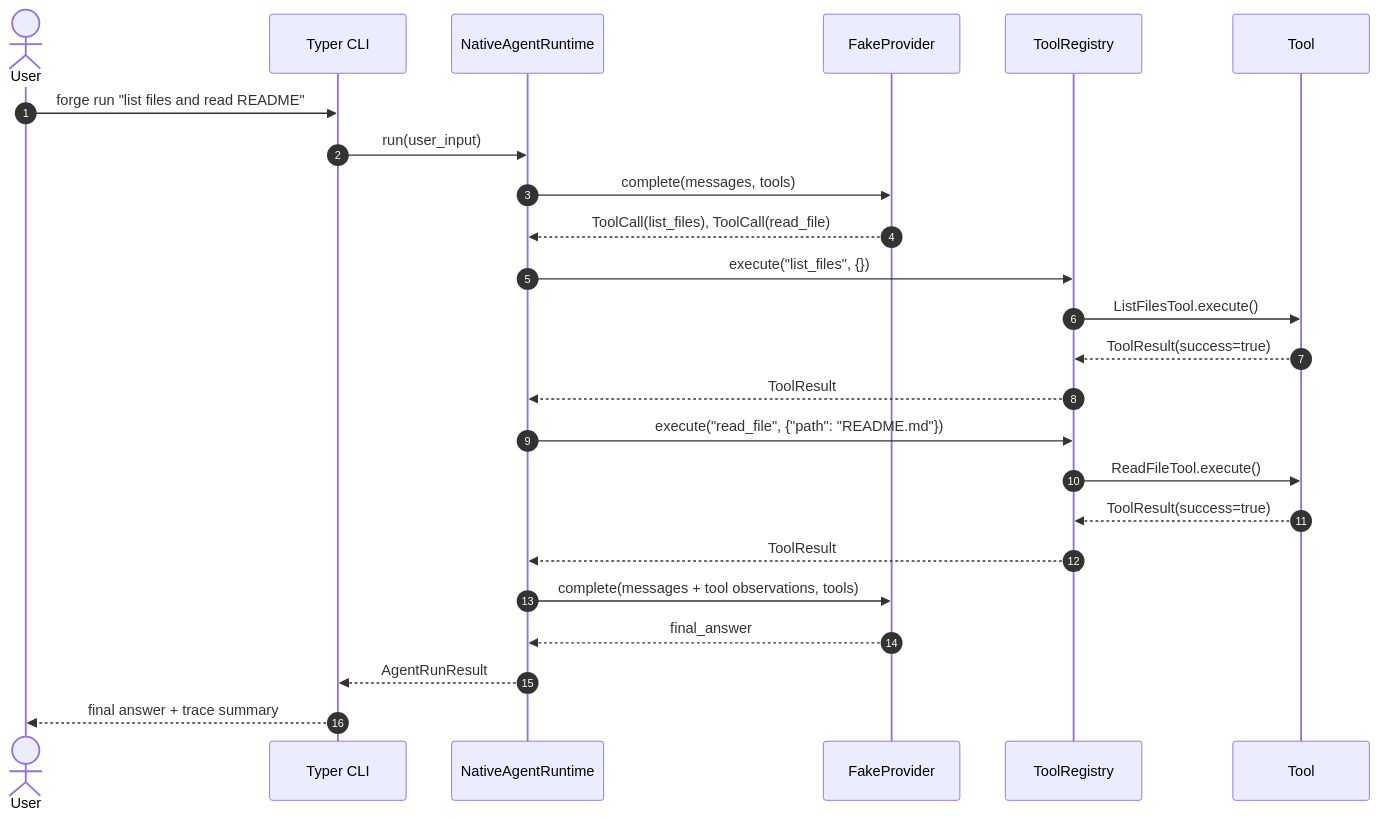
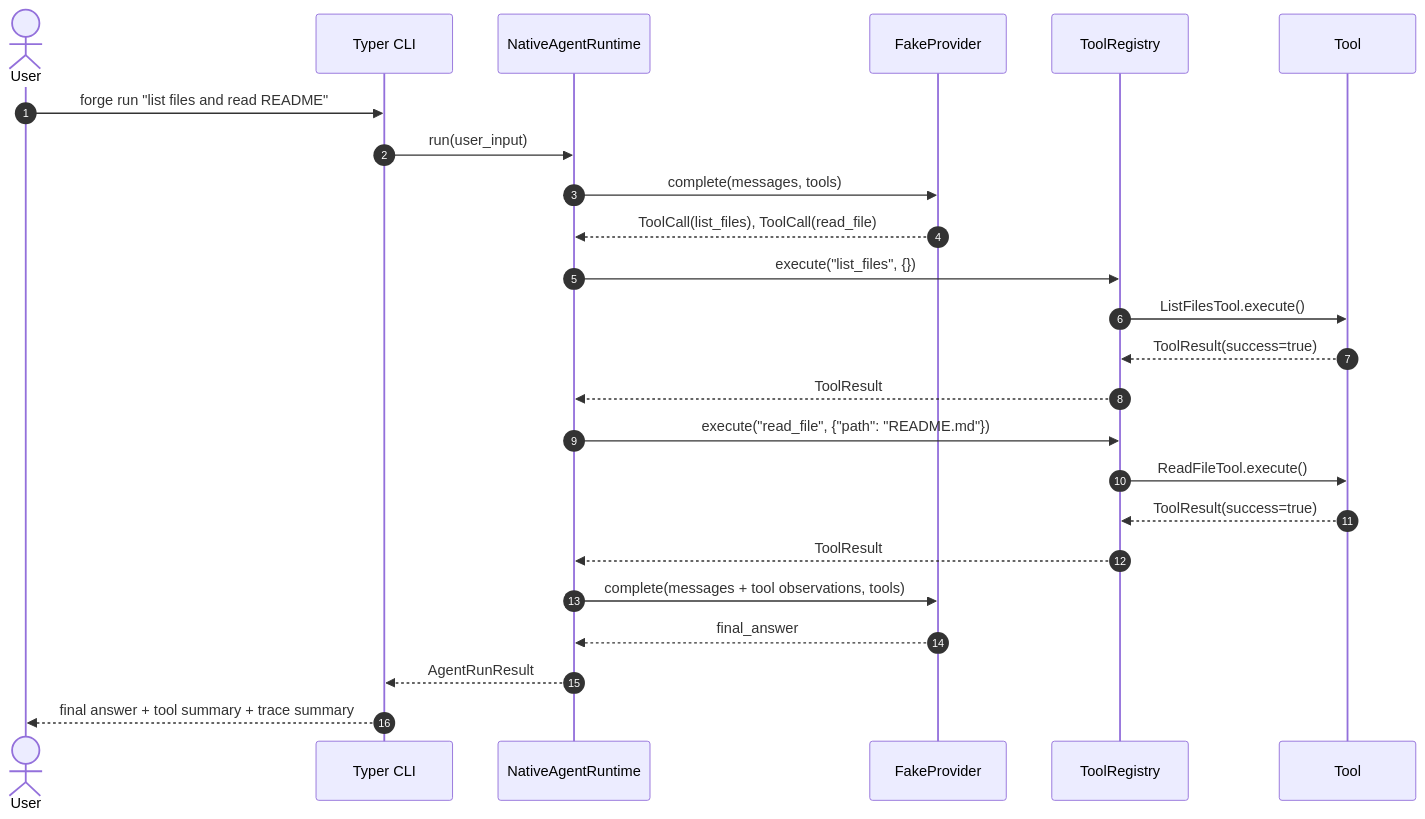
One commit to Dreamer-Sea/forge-agent changed the second of 9 diagrams in README.md. Above: the diagram before and after it, drawn with Mermaid. The commit also changed other lines of this file, not shown here.

Commit message:
docs: rewrite README with staff-level architecture documentation

````diff
--- a/README.md
+++ b/README.md
@@ -92,30 +156,33 @@
 ```mermaid
 sequenceDiagram
     autonumber
+
     actor User
     participant CLI as Typer CLI
     participant Runtime as NativeAgentRuntime
     participant Provider as FakeProvider
     participant Registry as ToolRegistry
     participant Tool as Tool
 
     User->>CLI: forge run "list files and read README"
     CLI->>Runtime: run(user_input)
+
     Runtime->>Provider: complete(messages, tools)
     Provider-->>Runtime: ToolCall(list_files), ToolCall(read_file)
 
     Runtime->>Registry: execute("list_files", {})
     Registry->>Tool: ListFilesTool.execute()
     Tool-->>Registry: ToolResult(success=true)
     Registry-->>Runtime: ToolResult
 
     Runtime->>Registry: execute("read_file", {"path": "README.md"})
     Registry->>Tool: ReadFileTool.execute()
     Tool-->>Registry: ToolResult(success=true)
     Registry-->>Runtime: ToolResult
 
     Runtime->>Provider: complete(messages + tool observations, tools)
     Provider-->>Runtime: final_answer
+
     Runtime-->>CLI: AgentRunResult
-    CLI-->>User: final answer + trace summary
+    CLI-->>User: final answer + tool summary + trace summary
 ```
````
